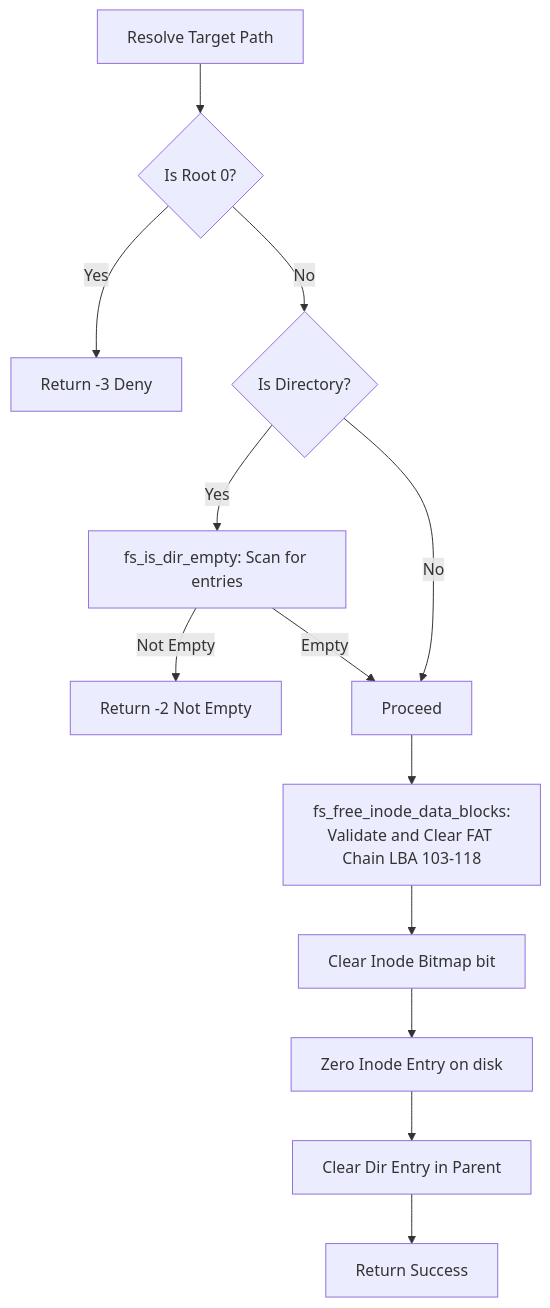
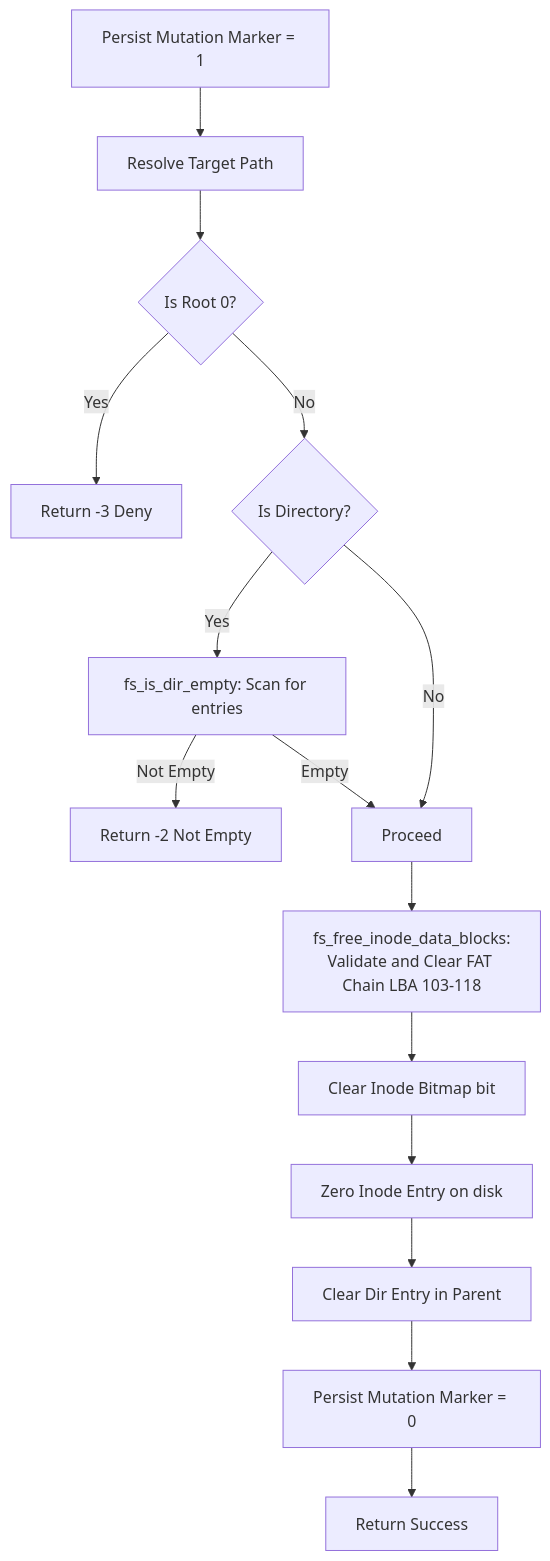
One commit to charlestsaur/MINI-OS changed the sixth of 8 diagrams in docs/Flowchart.md. Above: the diagram before and after it, drawn with Mermaid. The commit also changed other lines of this file and 27 other files, not shown here.

````diff
--- a/docs/Flowchart.md
+++ b/docs/Flowchart.md
@@ -137,15 +146,17 @@
 ```mermaid
 graph TD
-    A[Resolve Target Path] --> B{Is Root 0?}
+    A[Persist Mutation Marker = 1] --> A1[Resolve Target Path]
+    A1 --> B{Is Root 0?}
     B -- Yes --> C[Return -3 Deny]
     B -- No --> D{Is Directory?}
     D -- Yes --> E[fs_is_dir_empty: Scan for entries]
     E -- Not Empty --> F[Return -2 Not Empty]
     E -- Empty --> G[Proceed]
     D -- No --> G
     G --> H[fs_free_inode_data_blocks:<br/>Validate and Clear FAT Chain LBA 103-118]
     H --> I[Clear Inode Bitmap bit]
     I --> J[Zero Inode Entry on disk]
     J --> K[Clear Dir Entry in Parent]
-    K --> L[Return Success]
+    K --> L[Persist Mutation Marker = 0]
+    L --> M[Return Success]
 ```
````
